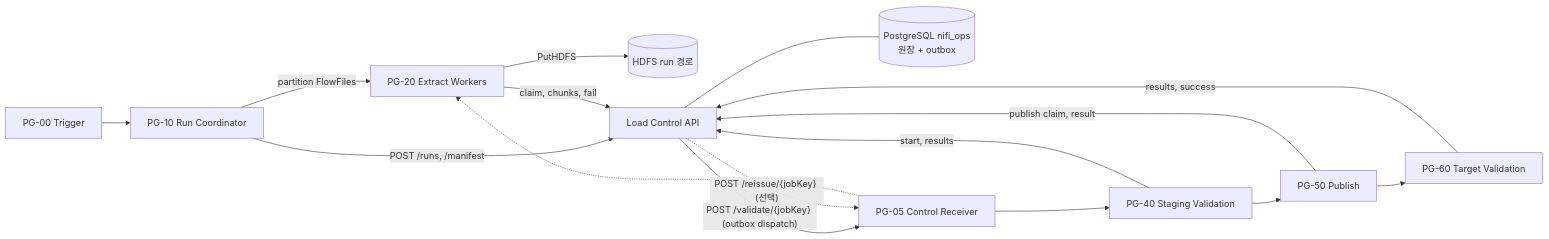
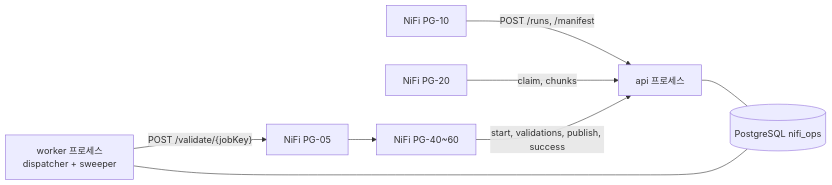
The diagram in load-control-api-design.md (DataDynamics/nifi-sqoop-removal), drawn with Mermaid before and after one commit. The commit also changed other lines of this file and 53 other files, not shown here.

````diff
--- a/load-control-api-design.md
+++ b/load-control-api-design.md
@@ -50,18 +21,10 @@
 ```mermaid
 flowchart LR
-    T[PG-00 Trigger] --> C[PG-10 Run Coordinator]
-    C -->|partition FlowFiles| W[PG-20 Extract Workers]
-    W -->|PutHDFS| H[(HDFS run 경로)]
-
-    C -- "POST /runs, /manifest" --> API[Load Control API]
-    W -- "claim, chunks, fail" --> API
-    API --- DB[(PostgreSQL nifi_ops<br/>원장 + outbox)]
-    API -- "POST /validate/{jobKey} (outbox dispatch)" --> RC[PG-05 Control Receiver]
-    RC --> V[PG-40 Staging Validation]
-    V --> P[PG-50 Publish] --> TV[PG-60 Target Validation]
-    V -- "start, results" --> API
-    P -- "publish claim, result" --> API
-    TV -- "results, success" --> API
-    API -. "POST /reissue/{jobKey} (선택)" .-> RC
-    RC -.-> W
+    C[NiFi PG-10] -- "POST /runs, /manifest" --> API
+    W[NiFi PG-20] -- "claim, chunks" --> API
+    API[api 프로세스] --- DB[(PostgreSQL nifi_ops)]
+    WK[worker 프로세스<br/>dispatcher + sweeper] --- DB
+    WK -- "POST /validate/{jobKey}" --> R[NiFi PG-05]
+    R --> V[NiFi PG-40~60]
+    V -- "start, validations, publish, success" --> API
 ```
````
